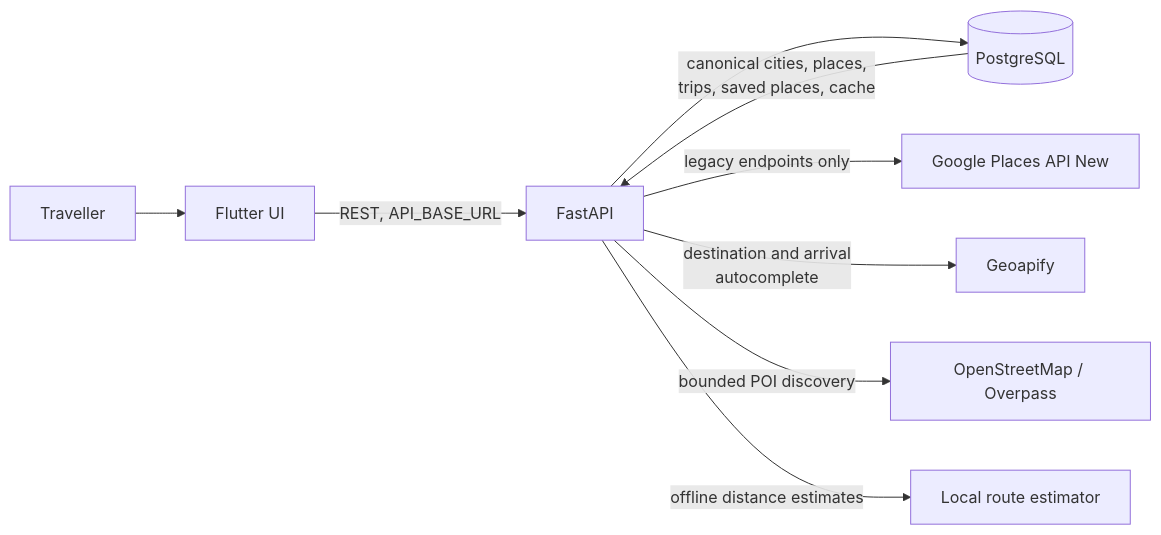
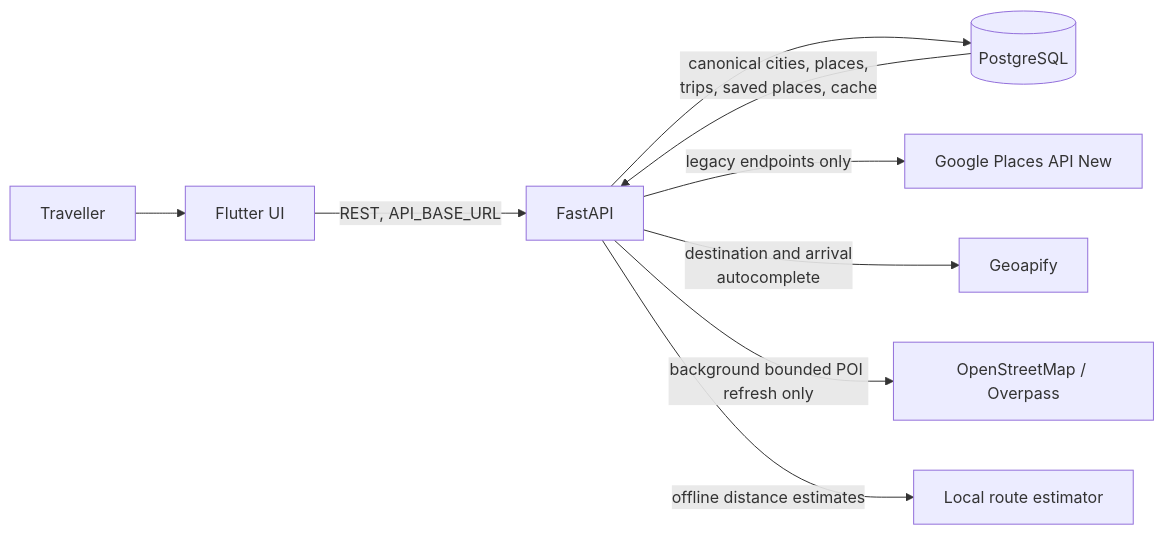
Before and after one commit to rohanxgiri/yatra_canvas: the third of 5 diagrams in docs/ARCHITECTURE.md, drawn with Mermaid. The commit also changed other lines of this file and 34 other files, not shown here.

````diff
--- a/docs/ARCHITECTURE.md
+++ b/docs/ARCHITECTURE.md
@@ -434,11 +462,11 @@
 ```mermaid
 flowchart LR
     U[Traveller] --> F[Flutter UI]
     F -->|REST, API_BASE_URL| B[FastAPI]
     B --> DB[(PostgreSQL)]
     B -->|legacy endpoints only| GP[Google Places API New]
     B -->|destination and arrival\nautocomplete| GA[Geoapify]
-    B -->|bounded POI discovery| OSM[OpenStreetMap / Overpass]
+    B -->|background bounded POI refresh only| OSM[OpenStreetMap / Overpass]
     B -->|offline distance estimates| LR[Local route estimator]
     DB -->|canonical cities, places,\ntrips, saved places, cache| B
 ```
````
